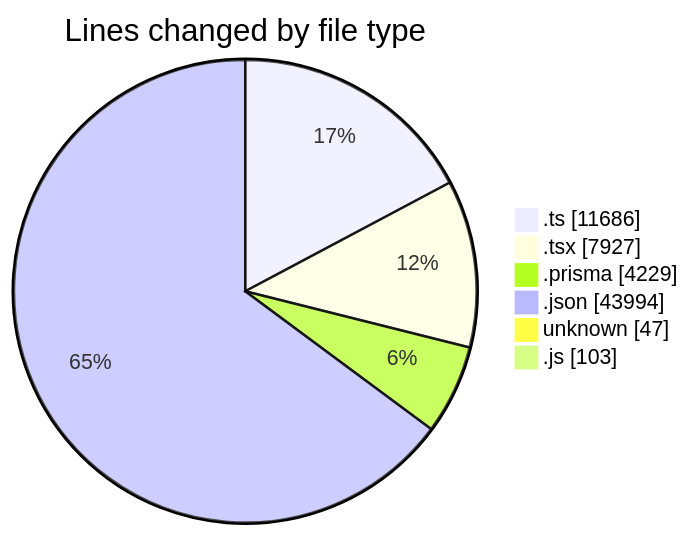
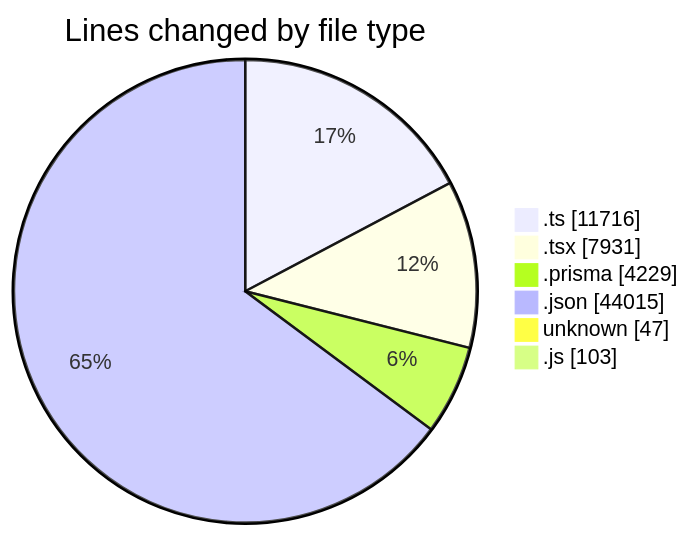
The first of 2 diagrams in 2025-05-19/ecodeli-1/README.md (CELIANVF/code-tracking), drawn with Mermaid before and after one commit. The commit also changed other lines of this file and 1 other file, not shown here.

````diff
--- a/2025-05-19/ecodeli-1/README.md
+++ b/2025-05-19/ecodeli-1/README.md
@@ -80,10 +86,10 @@
 ```mermaid
 pie showData
 title Lines changed by file type
-".ts" : 11686
-".tsx" : 7927
+".ts" : 11716
+".tsx" : 7931
 ".prisma" : 4229
-".json" : 43994
+".json" : 44015
 "unknown" : 47
 ".js" : 103
 ```
````
